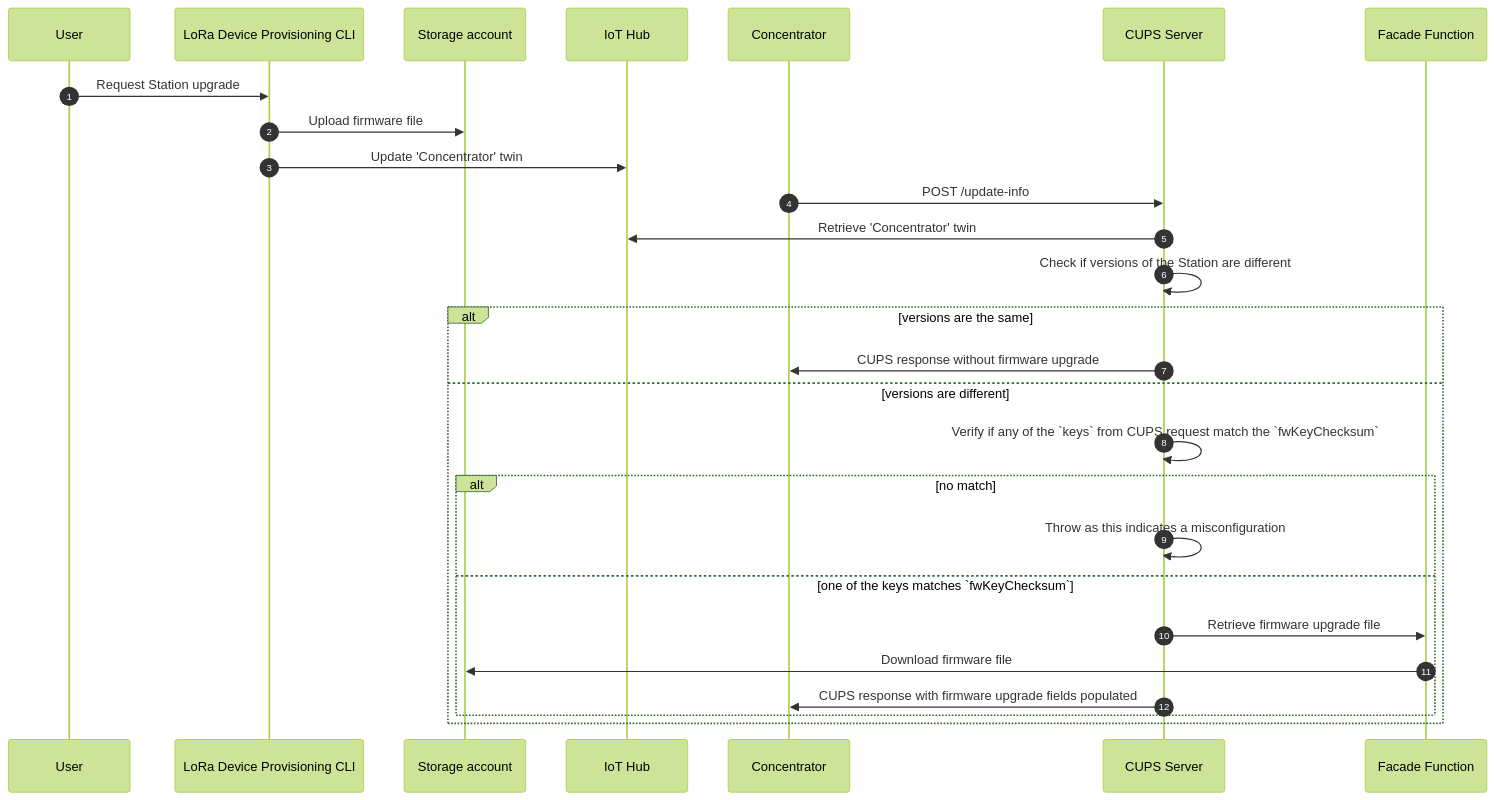
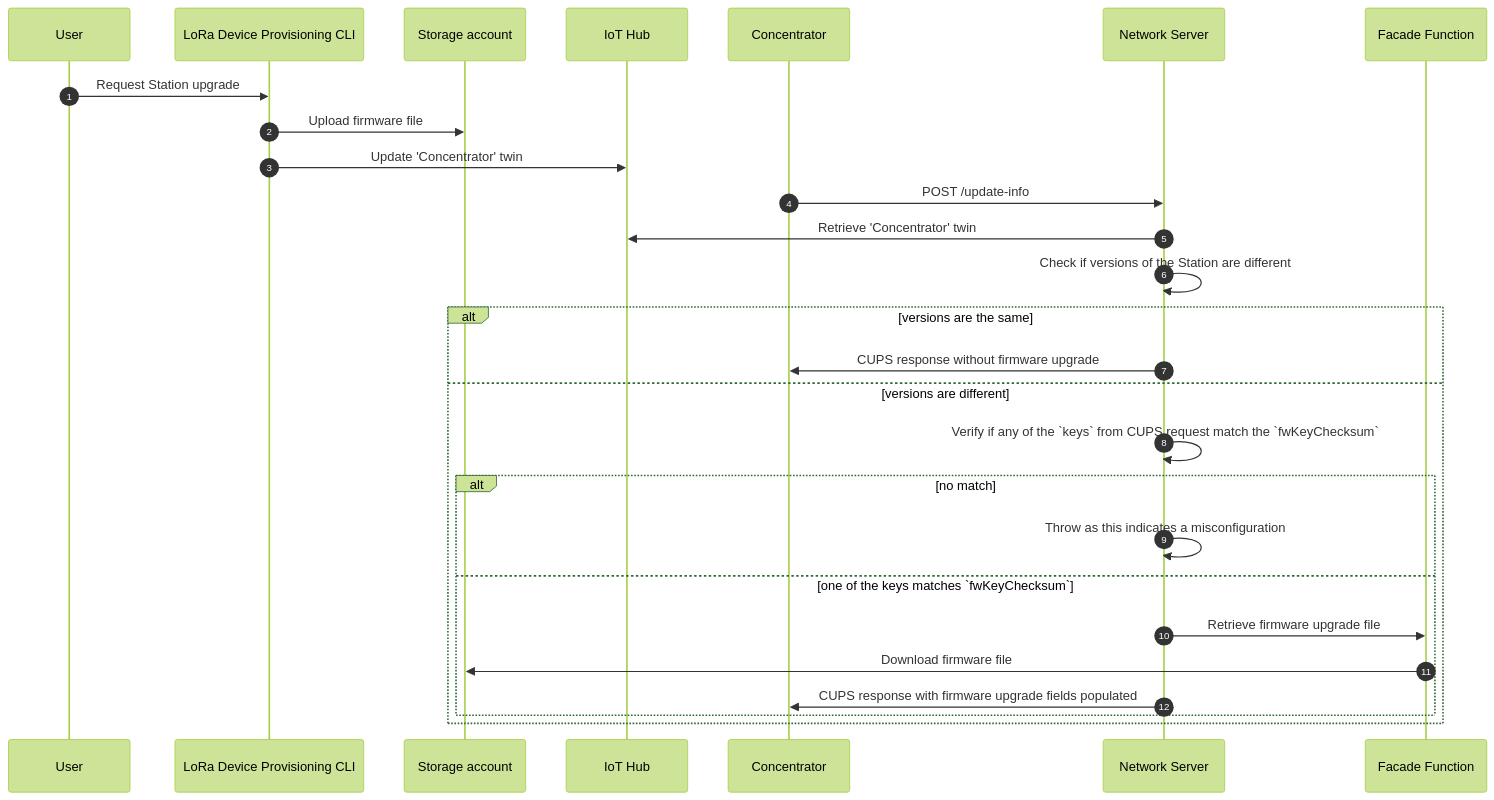
One commit to Azure/iotedge-lorawan-starterkit changed the diagram in docs/adr/007_cups_firmware_upgrade.md. Above: the diagram before and after it, drawn with Mermaid (forest theme).

Commit message:
rename CUPS Server -> Network Server in the diagram

````diff
--- a/docs/adr/007_cups_firmware_upgrade.md
+++ b/docs/adr/007_cups_firmware_upgrade.md
@@ -78,22 +78,22 @@
 ```mermaid
   sequenceDiagram
     autonumber
     User->>LoRa Device Provisioning CLI: Request Station upgrade
     LoRa Device Provisioning CLI->>Storage account: Upload firmware file
     LoRa Device Provisioning CLI->>IoT Hub: Update 'Concentrator' twin
-    Concentrator->>CUPS Server: POST /update-info
-    CUPS Server->>IoT Hub: Retrieve 'Concentrator' twin
-    CUPS Server->>CUPS Server: Check if versions of the Station are different
+    Concentrator->>Network Server: POST /update-info
+    Network Server->>IoT Hub: Retrieve 'Concentrator' twin
+    Network Server->>Network Server: Check if versions of the Station are different
     alt versions are the same
-        CUPS Server->>Concentrator: CUPS response without firmware upgrade
+        Network Server->>Concentrator: CUPS response without firmware upgrade
     else versions are different
-      CUPS Server->>CUPS Server: Verify if any of the `keys` from CUPS request match the `fwKeyChecksum`
+      Network Server->>Network Server: Verify if any of the `keys` from CUPS request match the `fwKeyChecksum`
       alt no match
-        CUPS Server->>CUPS Server: Throw as this indicates a misconfiguration
+        Network Server->>Network Server: Throw as this indicates a misconfiguration
       else one of the keys matches `fwKeyChecksum`
-        CUPS Server->>Facade Function: Retrieve firmware upgrade file
+        Network Server->>Facade Function: Retrieve firmware upgrade file
         Facade Function->>Storage account: Download firmware file
-        CUPS Server->>Concentrator: CUPS response with firmware upgrade fields populated
+        Network Server->>Concentrator: CUPS response with firmware upgrade fields populated
       end
     end
 ```
````
